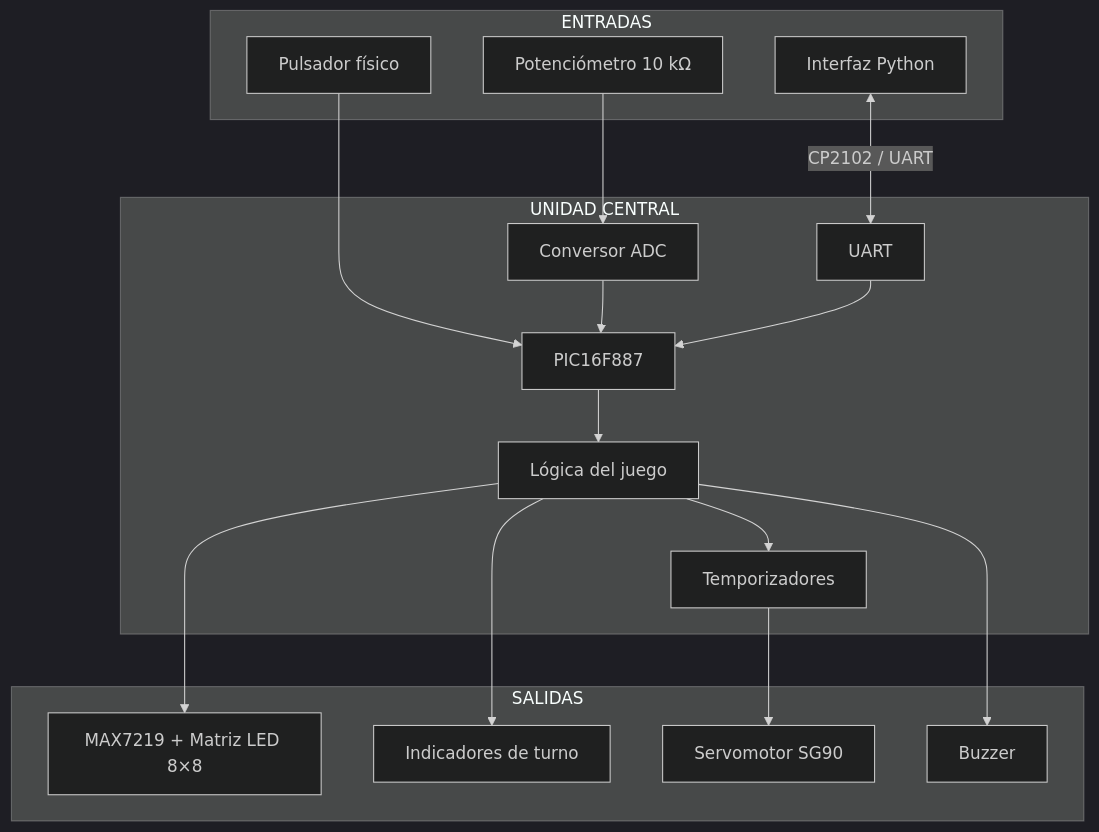
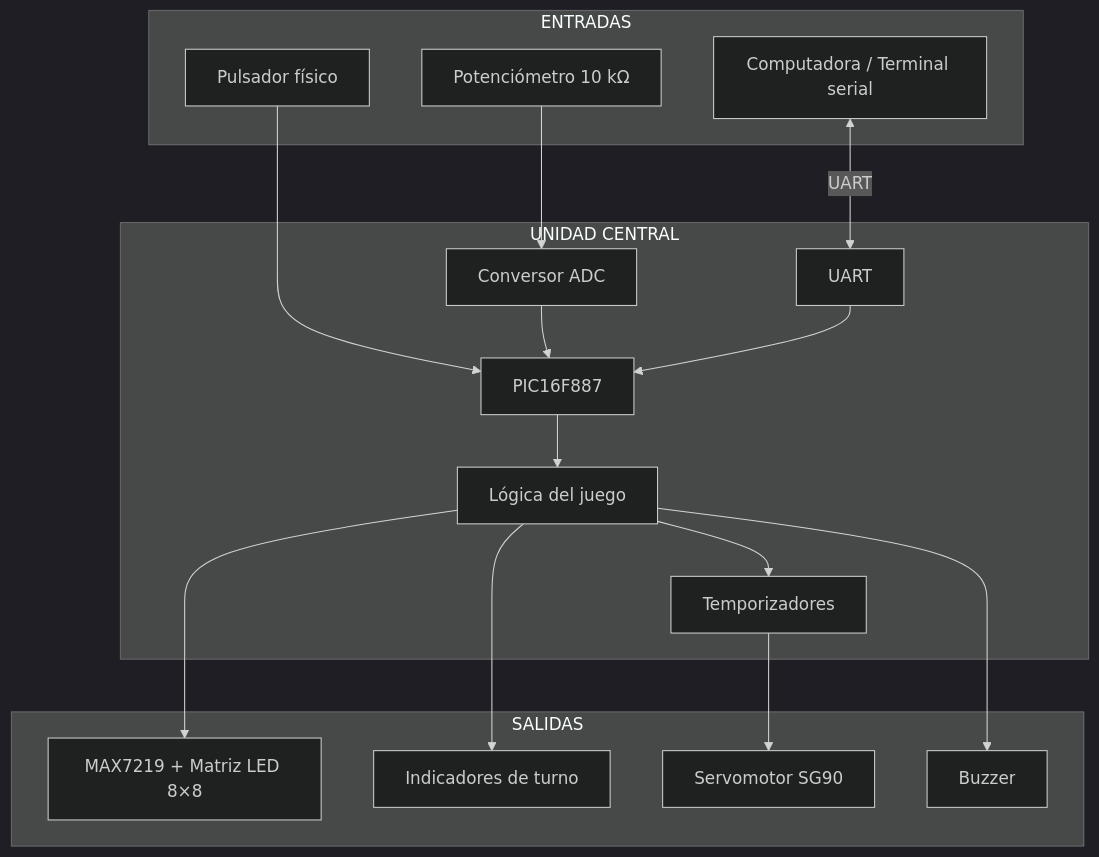
The diagram in README.md (lucas-393/Trabajo-Final-Grupo09-ED2), drawn with Mermaid (dark theme) before and after one commit. The commit also changed other lines of this file, not shown here.

````diff
--- a/README.md
+++ b/README.md
@@ -64,35 +71,35 @@
 ```mermaid
 flowchart TB
     subgraph ENTRADAS["ENTRADAS"]
         POT["Potenciómetro 10 kΩ"]
         BTN["Pulsador físico"]
-        PC["Interfaz Python"]
+        PC["Computadora / Terminal serial"]
     end
 
     subgraph CONTROL["UNIDAD CENTRAL"]
         PIC["PIC16F887"]
         LOG["Lógica del juego"]
         ADC["Conversor ADC"]
         UART["UART"]
         TIM["Temporizadores"]
     end
 
     subgraph SALIDAS["SALIDAS"]
         MAX["MAX7219 + Matriz LED 8×8"]
         LED["Indicadores de turno"]
         SERVO["Servomotor SG90"]
         BUZ["Buzzer"]
     end
 
     POT --> ADC
     BTN --> PIC
-    PC <-->|"CP2102 / UART"| UART
+    PC <-->|"UART"| UART
     ADC --> PIC
     UART --> PIC
     PIC --> LOG
     LOG --> MAX
     LOG --> LED
     LOG --> TIM
     TIM --> SERVO
     LOG --> BUZ
 ```
````
